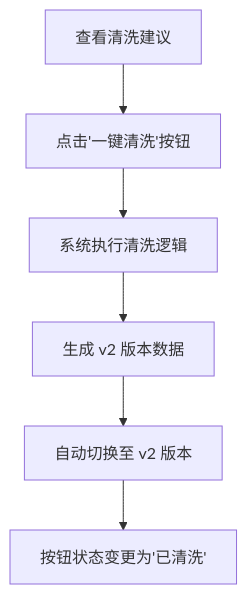
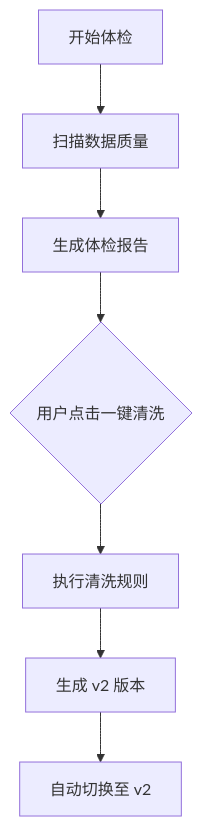
One commit to liulanqioo/limix-pipeline-demo1218 changed the second of 2 diagrams in docs/System_PRD.md. Above: the diagram before and after it, drawn with Mermaid. The commit also changed other lines of this file and 1 other file, not shown here.

````diff
--- a/docs/System_PRD.md
+++ b/docs/System_PRD.md
@@ -98,8 +61,9 @@
 ```mermaid
 graph TD
-    A[查看清洗建议] --> B[点击'一键清洗'按钮]
-    B --> C[系统执行清洗逻辑]
-    C --> D[生成 v2 版本数据]
-    D --> E[自动切换至 v2 版本]
-    E --> F[按钮状态变更为'已清洗']
+    Start[开始体检] --> Scan[扫描数据质量]
+    Scan --> Report[生成体检报告]
+    Report --> Action{用户点击一键清洗}
+    Action --> Process[执行清洗规则]
+    Process --> NewVer[生成 v2 版本]
+    NewVer --> Switch[自动切换至 v2]
 ```
````
